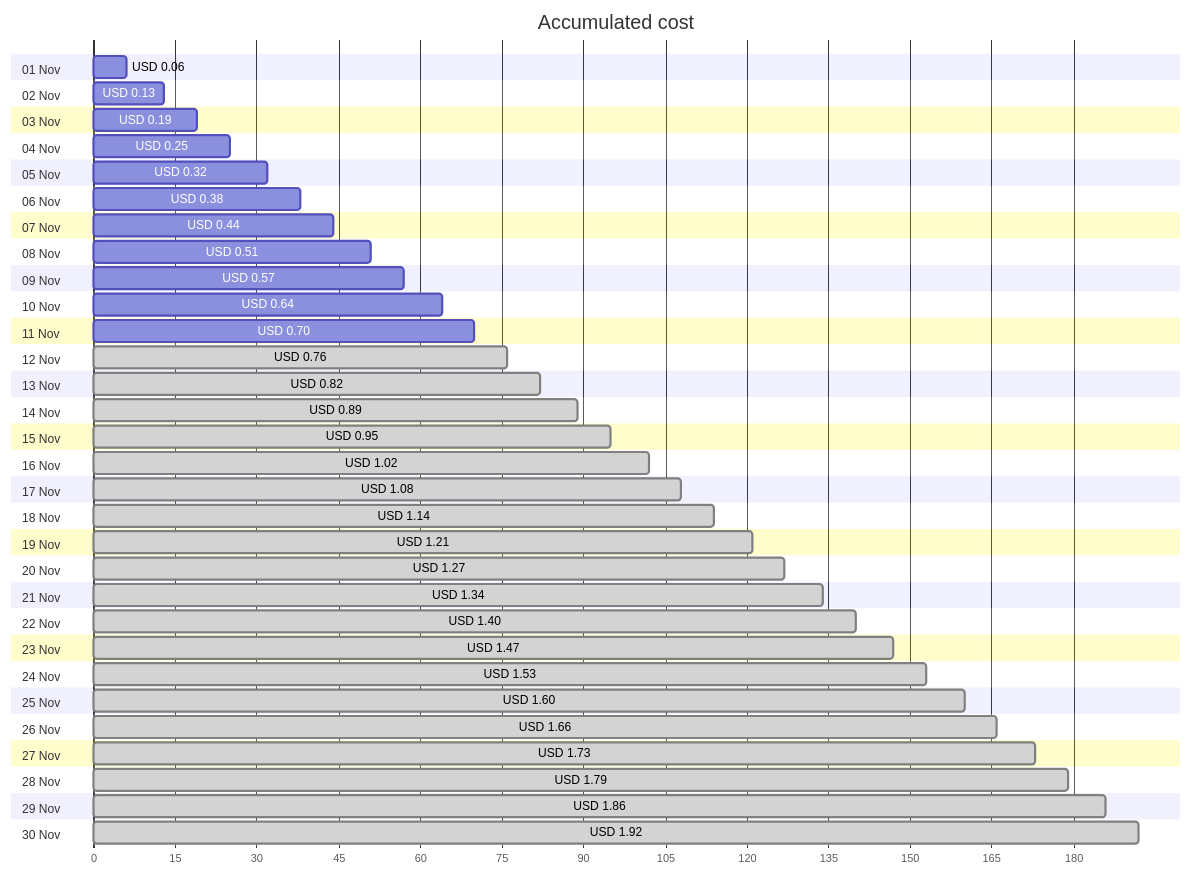
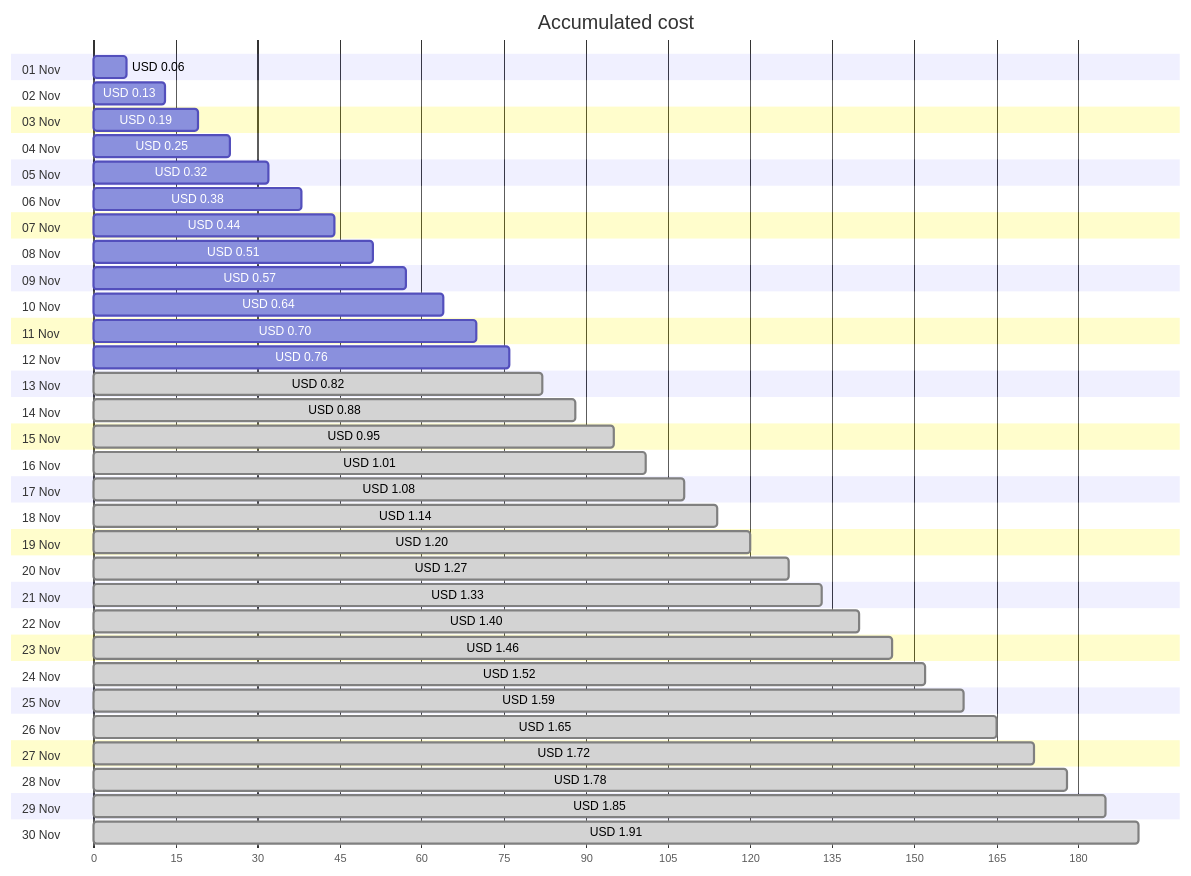
The first of 4 diagrams in cost-reports/personal-network/vpn-server_OsDisk.md (jpfulton/azure-personal-reports), drawn with Mermaid before and after one commit. The commit also changed other lines of this file and 8 other files, not shown here.

````diff
--- a/cost-reports/personal-network/vpn-server_OsDisk.md
+++ b/cost-reports/personal-network/vpn-server_OsDisk.md
@@ -20,66 +20,66 @@
 ```mermaid
 gantt
    title Accumulated cost
    dateFormat  X
    axisFormat %s
    section 01 Nov
    USD 0.06 :0, 6
    section 02 Nov
    USD 0.13 :0, 13
    section 03 Nov
    USD 0.19 :0, 19
    section 04 Nov
    USD 0.25 :0, 25
    section 05 Nov
    USD 0.32 :0, 32
    section 06 Nov
    USD 0.38 :0, 38
    section 07 Nov
    USD 0.44 :0, 44
    section 08 Nov
    USD 0.51 :0, 51
    section 09 Nov
    USD 0.57 :0, 57
    section 10 Nov
    USD 0.64 :0, 64
    section 11 Nov
    USD 0.70 :0, 70
    section 12 Nov
-   USD 0.76 : done, 0, 76
+   USD 0.76 :0, 76
    section 13 Nov
    USD 0.82 : done, 0, 82
    section 14 Nov
-   USD 0.89 : done, 0, 89
+   USD 0.88 : done, 0, 88
    section 15 Nov
    USD 0.95 : done, 0, 95
    section 16 Nov
-   USD 1.02 : done, 0, 102
+   USD 1.01 : done, 0, 101
    section 17 Nov
    USD 1.08 : done, 0, 108
    section 18 Nov
    USD 1.14 : done, 0, 114
    section 19 Nov
-   USD 1.21 : done, 0, 121
+   USD 1.20 : done, 0, 120
    section 20 Nov
    USD 1.27 : done, 0, 127
    section 21 Nov
-   USD 1.34 : done, 0, 134
+   USD 1.33 : done, 0, 133
    section 22 Nov
    USD 1.40 : done, 0, 140
    section 23 Nov
-   USD 1.47 : done, 0, 147
+   USD 1.46 : done, 0, 146
    section 24 Nov
-   USD 1.53 : done, 0, 153
+   USD 1.52 : done, 0, 152
    section 25 Nov
-   USD 1.60 : done, 0, 160
+   USD 1.59 : done, 0, 159
    section 26 Nov
-   USD 1.66 : done, 0, 166
+   USD 1.65 : done, 0, 165
    section 27 Nov
-   USD 1.73 : done, 0, 173
+   USD 1.72 : done, 0, 172
    section 28 Nov
-   USD 1.79 : done, 0, 179
+   USD 1.78 : done, 0, 178
    section 29 Nov
-   USD 1.86 : done, 0, 186
+   USD 1.85 : done, 0, 185
    section 30 Nov
-   USD 1.92 : done, 0, 192
+   USD 1.91 : done, 0, 191
 ```
````
